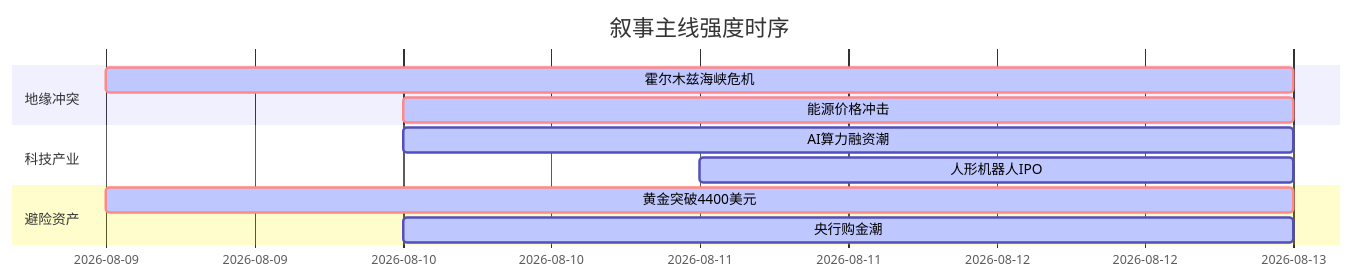
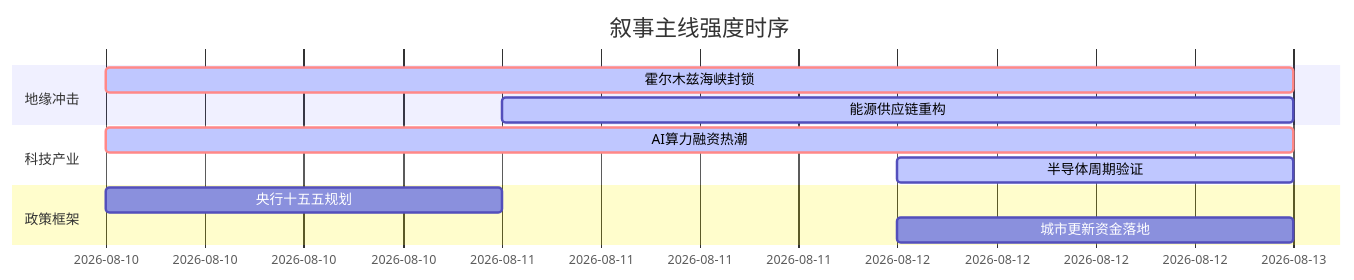
Before and after one commit to uu5zn/uu5zn.github.io: the diagram in 5day_report.md, drawn with Mermaid. The commit also changed other lines of this file and 24 other files, not shown here.

````diff
--- a/5day_report.md
+++ b/5day_report.md
@@ -58,16 +58,16 @@
 ```mermaid
 gantt
     title 叙事主线强度时序
     dateFormat YYYY-MM-DD
-    section 地缘冲突
-    霍尔木兹海峡危机   :crit, active, 2026-08-09, 4d
-    能源价格冲击       :crit, active, 2026-08-10, 3d
+    section 地缘冲击
+    霍尔木兹海峡封锁   :crit, active, 2026-08-10, 3d
+    能源供应链重构     :active, 2026-08-11, 2d
     
     section 科技产业
-    AI算力融资潮       :active, 2026-08-10, 3d
-    人形机器人IPO      :active, 2026-08-11, 2d
+    AI算力融资热潮     :crit, active, 2026-08-10, 3d
+    半导体周期验证     :active, 2026-08-12, 1d
     
-    section 避险资产
-    黄金突破4400美元   :crit, active, 2026-08-09, 4d
-    央行购金潮         :active, 2026-08-10, 3d
+    section 政策框架
+    央行十五五规划     :2026-08-10, 1d
+    城市更新资金落地   :2026-08-12, 1d
 ```
````
